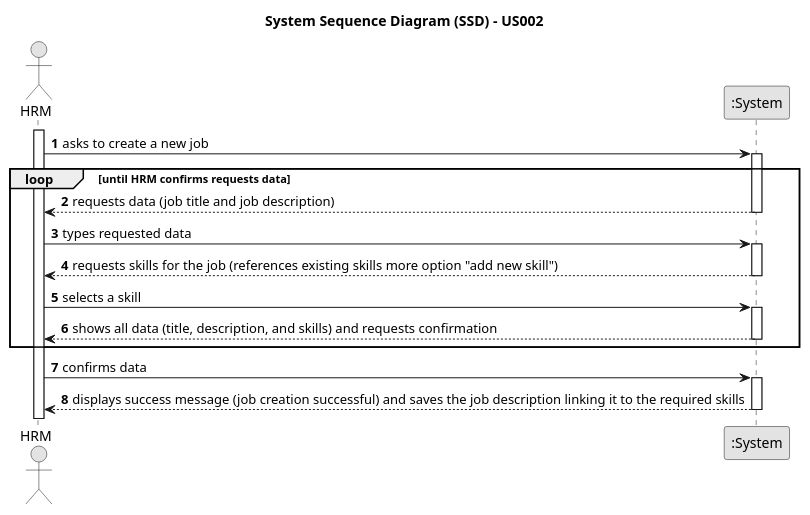
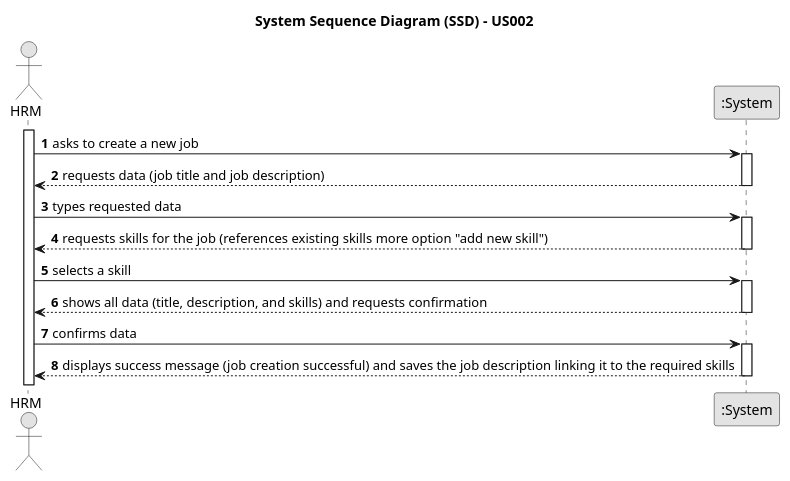
The diagram in docs/sprintA/us002/01.requirements-engineering/puml/us002-system-sequence-diagram-alternative-one.puml (ricardomm7/leaflink), drawn with PlantUML before and after one commit. The commit also changed 14 other files, not shown here.

```diff
--- a/docs/sprintA/us002/01.requirements-engineering/puml/us002-system-sequence-diagram-alternative-one.puml
+++ b/docs/sprintA/us002/01.requirements-engineering/puml/us002-system-sequence-diagram-alternative-one.puml
@@ -1,39 +1,38 @@
 @startuml
 skinparam monochrome true
 skinparam packageStyle rectangle
 skinparam shadowing false
 
 title System Sequence Diagram (SSD) - US002
 
 autonumber
 
 actor "HRM" as Employee
 participant ":System" as System
 
 activate Employee
 
     Employee -> System : asks to create a new job
     activate System
-loop until HRM confirms requests data
         System --> Employee : requests data (job title and job description)
     deactivate System
 
     Employee -> System : types requested data
     activate System
 
         System --> Employee : requests skills for the job (references existing skills more option "add new skill")
     deactivate System
 
     Employee -> System : selects a skill
     activate System
 
         System --> Employee : shows all data (title, description, and skills) and requests confirmation
     deactivate System
-end
+
     Employee -> System : confirms data
     activate System
 
         System --> Employee : displays success message (job creation successful) and saves the job description linking it to the required skills
     deactivate System
 
 @enduml
```
